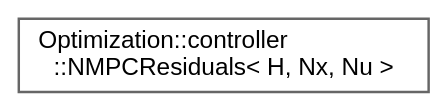
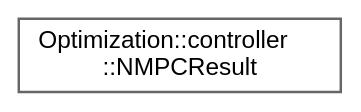
The diagram in inherit_graph_17.dot (jswoo0615/Algorithms_for_Optimization_cpp), drawn with Graphviz before and after one commit. The commit also changed 87 other files, not shown here.

```diff
--- a/inherit_graph_17.dot
+++ b/inherit_graph_17.dot
@@ -1,9 +1,9 @@
 digraph "Graphical Class Hierarchy"
 {
  // LATEX_PDF_SIZE
   bgcolor="transparent";
   edge [fontname=Helvetica,fontsize=10,labelfontname=Helvetica,labelfontsize=10];
   node [fontname=Helvetica,fontsize=10,shape=box,height=0.2,width=0.4];
   rankdir="LR";
-  Node0 [id="Node000000",label="Optimization::controller\l::NMPCResiduals\< H, Nx, Nu \>",height=0.2,width=0.4,color="grey40", fillcolor="white", style="filled",URL="$structOptimization_1_1controller_1_1NMPCResiduals.html",tooltip="Multiple Shooting 기반 NMPC 잔차(Residuals) 생성기"];
+  Node0 [id="Node000000",label="Optimization::controller\l::NMPCResult",height=0.2,width=0.4,color="grey40", fillcolor="white", style="filled",URL="$structOptimization_1_1controller_1_1NMPCResult.html",tooltip=" "];
 }
```
